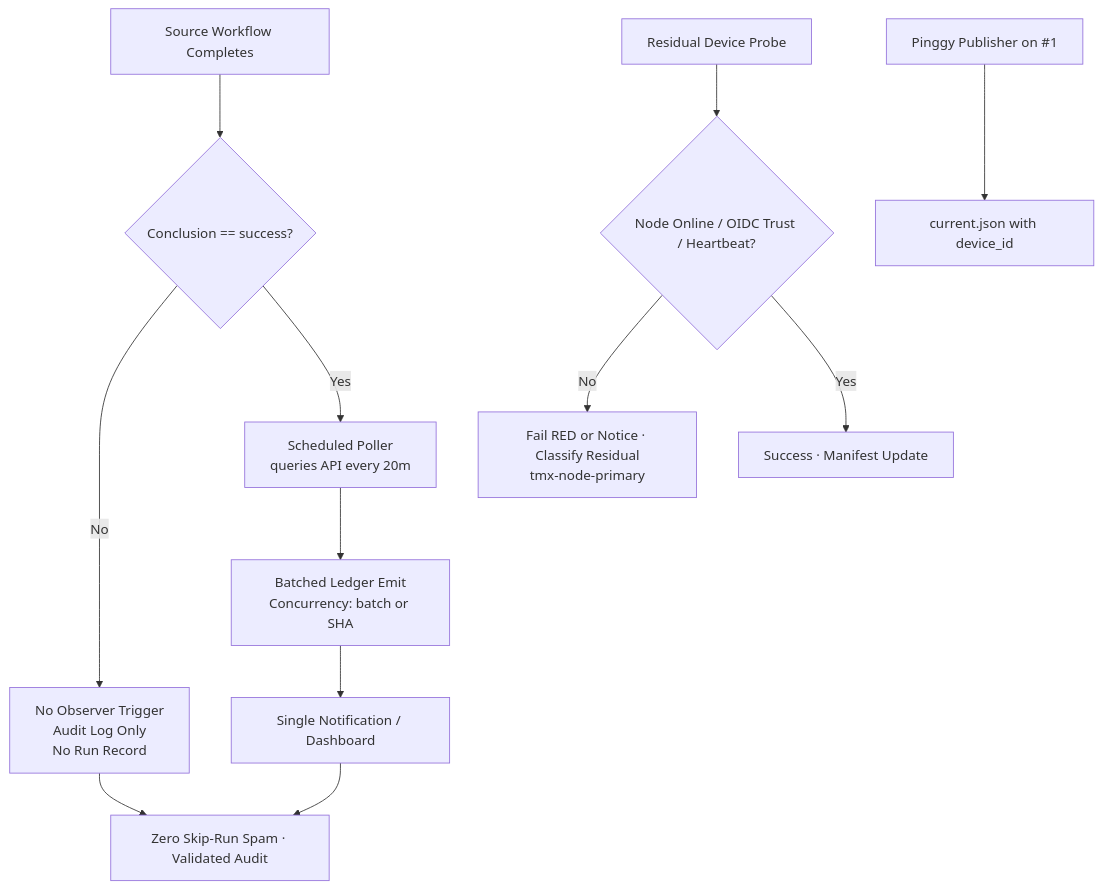
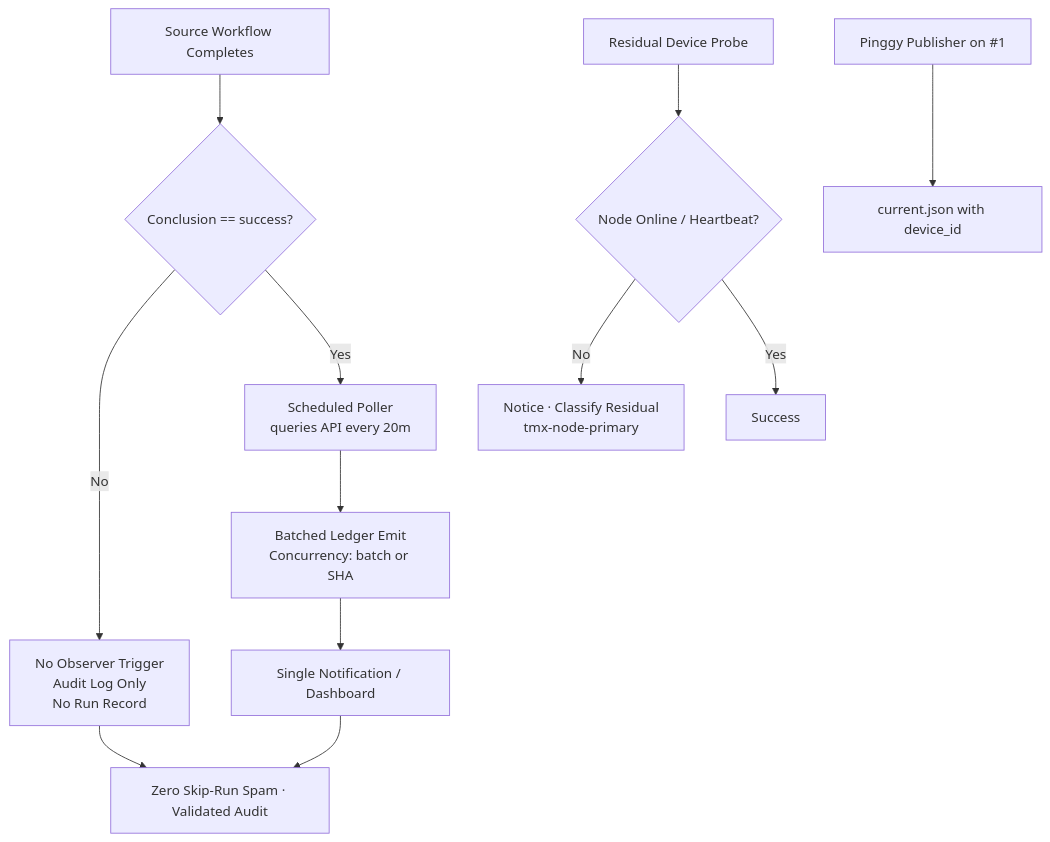
Before and after one commit to timerloggedout-spec/termux-monorepo: the diagram in docs/ops/ACTIONS-MATRIX.md, drawn with Mermaid. The commit also changed other lines of this file, not shown here.

Commit message:
ops(matrix): sync ACTIONS-MATRIX.md with 23:00Z tip recon and poller residual plan

````diff
--- a/docs/ops/ACTIONS-MATRIX.md
+++ b/docs/ops/ACTIONS-MATRIX.md
@@ -45,14 +31,14 @@
 ```mermaid
 flowchart TD
     A[Source Workflow Completes] --> B{Conclusion == success?}
     B -->|No| C[No Observer Trigger<br/>Audit Log Only<br/>No Run Record]
     B -->|Yes| D[Scheduled Poller<br/>queries API every 20m]
     D --> E[Batched Ledger Emit<br/>Concurrency: batch or SHA]
     E --> F[Single Notification / Dashboard]
     C --> G[Zero Skip-Run Spam · Validated Audit]
     F --> G
-    H[Residual Device Probe] --> I{Node Online / OIDC Trust / Heartbeat?}
-    I -->|No| J[Fail RED or Notice · Classify Residual<br/>tmx-node-primary]
-    I -->|Yes| K[Success · Manifest Update]
+    H[Residual Device Probe] --> I{Node Online / Heartbeat?}
+    I -->|No| J[Notice · Classify Residual<br/>tmx-node-primary]
+    I -->|Yes| K[Success]
     L[Pinggy Publisher on #1] --> M[current.json with device_id]
 ```
````
